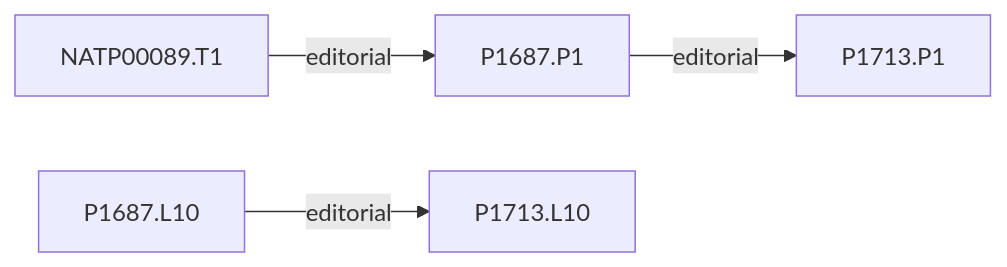
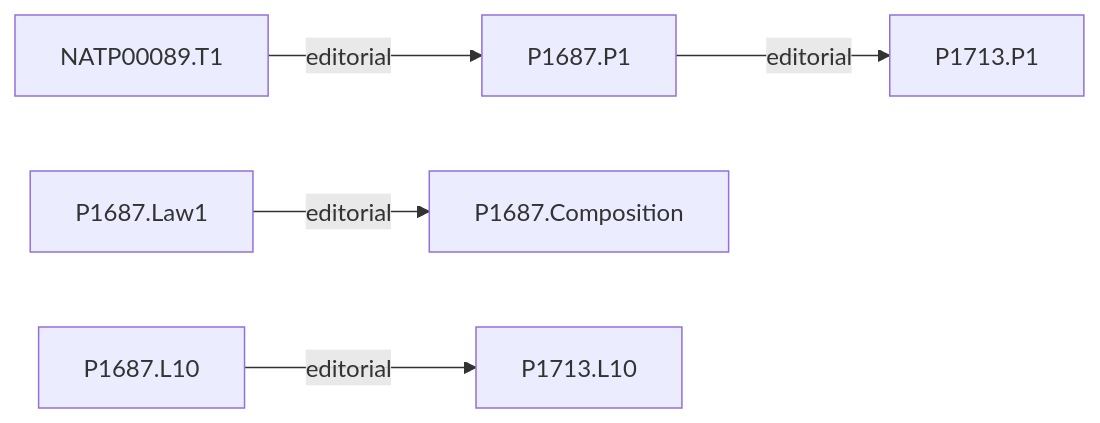
Before and after one commit to arivero/newtonlean: the fifth of 7 diagrams in research/figures.md, drawn with Mermaid. The commit also changed other lines of this file and 22 other files, not shown here.

````diff
--- a/research/figures.md
+++ b/research/figures.md
@@ -148,6 +150,7 @@
 ```mermaid
 flowchart LR
   NATP00089_T1["NATP00089.T1"] -->|editorial| P1687_P1["P1687.P1"]
   P1687_P1["P1687.P1"] -->|editorial| P1713_P1["P1713.P1"]
+  P1687_Law1["P1687.Law1"] -->|editorial| P1687_Composition["P1687.Composition"]
   P1687_L10["P1687.L10"] -->|editorial| P1713_L10["P1713.L10"]
 ```
````
